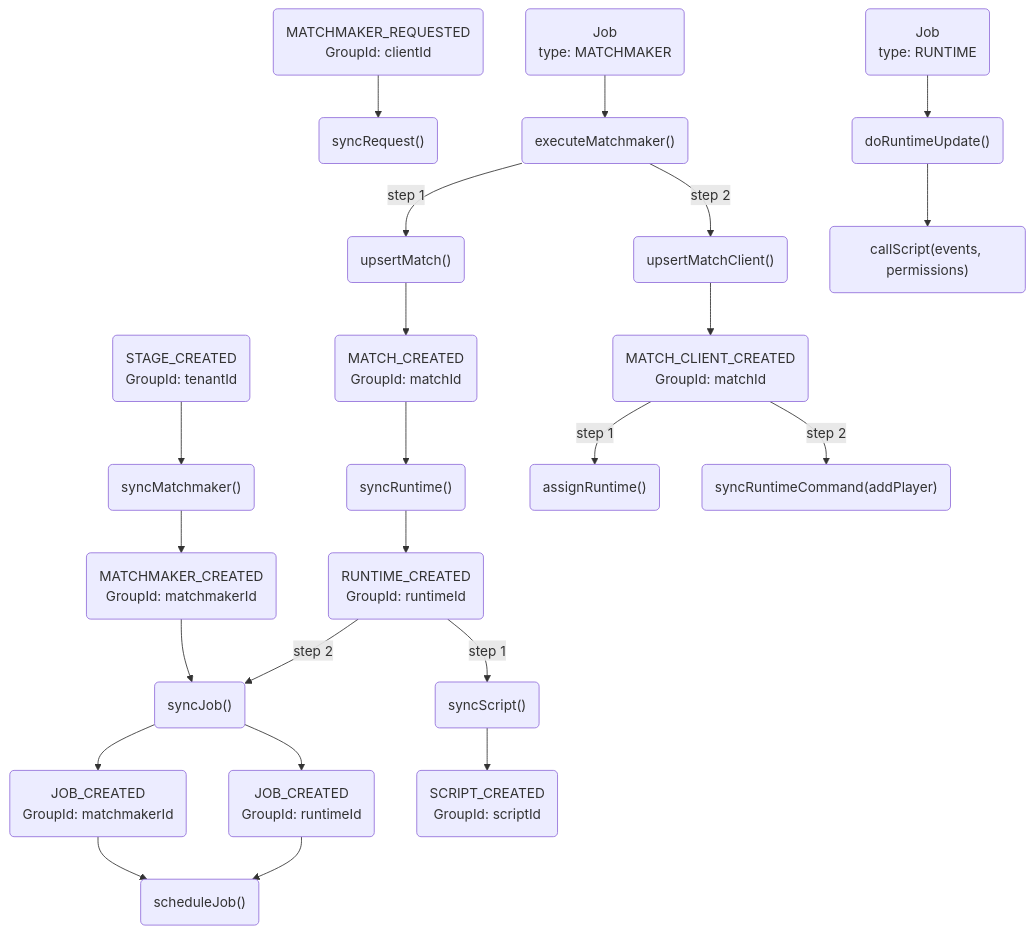
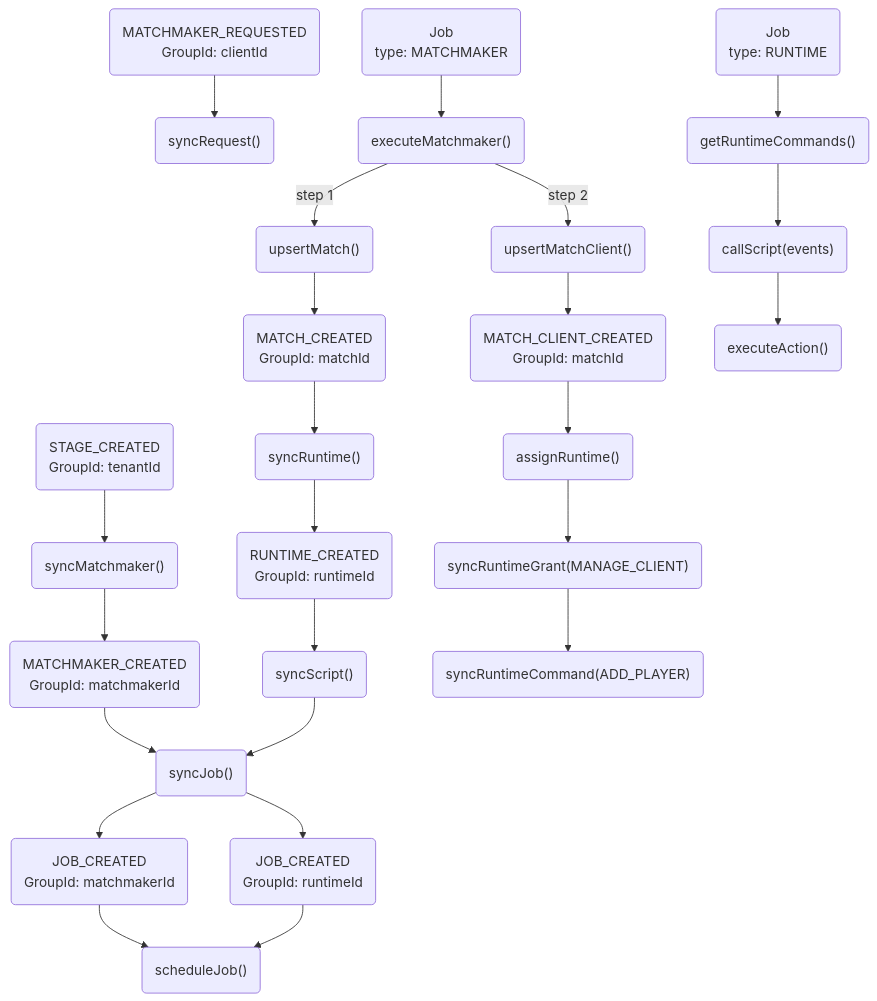
Before and after one commit to OMGSERVERS/omgservers: the diagram in omgservers-documentation/MatchmakingEventGraph.md, drawn with Mermaid. The commit also changed 32 other files, not shown here.

````diff
--- a/omgservers-documentation/MatchmakingEventGraph.md
+++ b/omgservers-documentation/MatchmakingEventGraph.md
@@ -3,32 +3,33 @@
 ```mermaid
 graph TD;
 
 StageCreated(STAGE_CREATED<br/>GroupId: tenantId) --> syncMatchmaker("syncMatchmaker()")
 syncMatchmaker("syncMatchmaker()") --> MatchmakerCreated(MATCHMAKER_CREATED<br/>GroupId: matchmakerId)
 MatchmakerCreated(MATCHMAKER_CREATED<br/>GroupId: matchmakerId) --> syncJob("syncJob()")
 syncJob("syncJob()") --> JobMatchmakerCreated(JOB_CREATED<br/>GroupId: matchmakerId)
 JobMatchmakerCreated(JOB_CREATED<br/>GroupId: matchmakerId) --> scheduleJob("scheduleJob()")
 
 MatchmakerRequested(MATCHMAKER_REQUESTED<br/>GroupId: clientId) --> syncRequest("syncRequest()")
 
 MatchmakerJob(Job<br/>type: MATCHMAKER) --> executeMatchmaker("executeMatchmaker()")
-executeMatchmaker("executeMatchmaker()") -- step 1--> upsertMatch("upsertMatch()")
-executeMatchmaker("executeMatchmaker()") -- step 2--> upsertMatchClient("upsertMatchClient()")
+executeMatchmaker("executeMatchmaker()") -- step 1 --> upsertMatch("upsertMatch()")
+executeMatchmaker("executeMatchmaker()") -- step 2 --> upsertMatchClient("upsertMatchClient()")
 
 upsertMatch("upsertMatch()") --> MatchCreated(MATCH_CREATED<br/>GroupId: matchId)
 MatchCreated(MATCH_CREATED<br/>GroupId: matchId) --> syncRuntime("syncRuntime()")
 syncRuntime("syncRuntime()") --> RuntimeCreated(RUNTIME_CREATED<br/>GroupId: runtimeId)
-RuntimeCreated(RUNTIME_CREATED<br/>GroupId: runtimeId) -- step 1 --> syncScript("syncScript()")
-RuntimeCreated(RUNTIME_CREATED<br/>GroupId: runtimeId) -- step 2--> syncJob("syncJob()")
+RuntimeCreated(RUNTIME_CREATED<br/>GroupId: runtimeId) --> syncScript("syncScript()")
 syncJob("syncJob()") --> JobRuntimeCreated(JOB_CREATED<br/>GroupId: runtimeId)
 JobRuntimeCreated(JOB_CREATED<br/>GroupId: runtimeId) --> scheduleJob("scheduleJob()")
-syncScript("syncScript()") --> ScriptCreated(SCRIPT_CREATED<br/>GroupId: scriptId)
+syncScript("syncScript()") --> syncJob("syncJob()")
 
 upsertMatchClient("upsertMatchClient()") --> MatchClientCreated(MATCH_CLIENT_CREATED<br/>GroupId: matchId)
-MatchClientCreated(MATCH_CLIENT_CREATED<br/>GroupId: matchId) -- step 1 --> assignRuntime("assignRuntime()")
-MatchClientCreated(MATCH_CLIENT_CREATED<br/>GroupId: matchId) -- step 2 --> syncRuntimeCommand("syncRuntimeCommand(addPlayer)")
+MatchClientCreated(MATCH_CLIENT_CREATED<br/>GroupId: matchId) --> assignRuntime("assignRuntime()")
+assignRuntime("assignRuntime()") --> syncRuntimeGrant("syncRuntimeGrant(MANAGE_CLIENT)")
+syncRuntimeGrant("syncRuntimeGrant(MANAGE_CLIENT)") --> syncRuntimeCommand("syncRuntimeCommand(ADD_PLAYER)")
 
-RuntimeJob(Job<br/>type: RUNTIME) --> doRuntimeUpdate("doRuntimeUpdate()")
-doRuntimeUpdate("doRuntimeUpdate()") --> callScript("callScript(events, permissions)")
+RuntimeJob(Job<br/>type: RUNTIME) --> getRuntimeCommands("getRuntimeCommands()")
+getRuntimeCommands("getRuntimeCommands()") --> callScript("callScript(events)")
+callScript("callScript(events)") --> executeAction("executeAction()")
 
 ```
````
